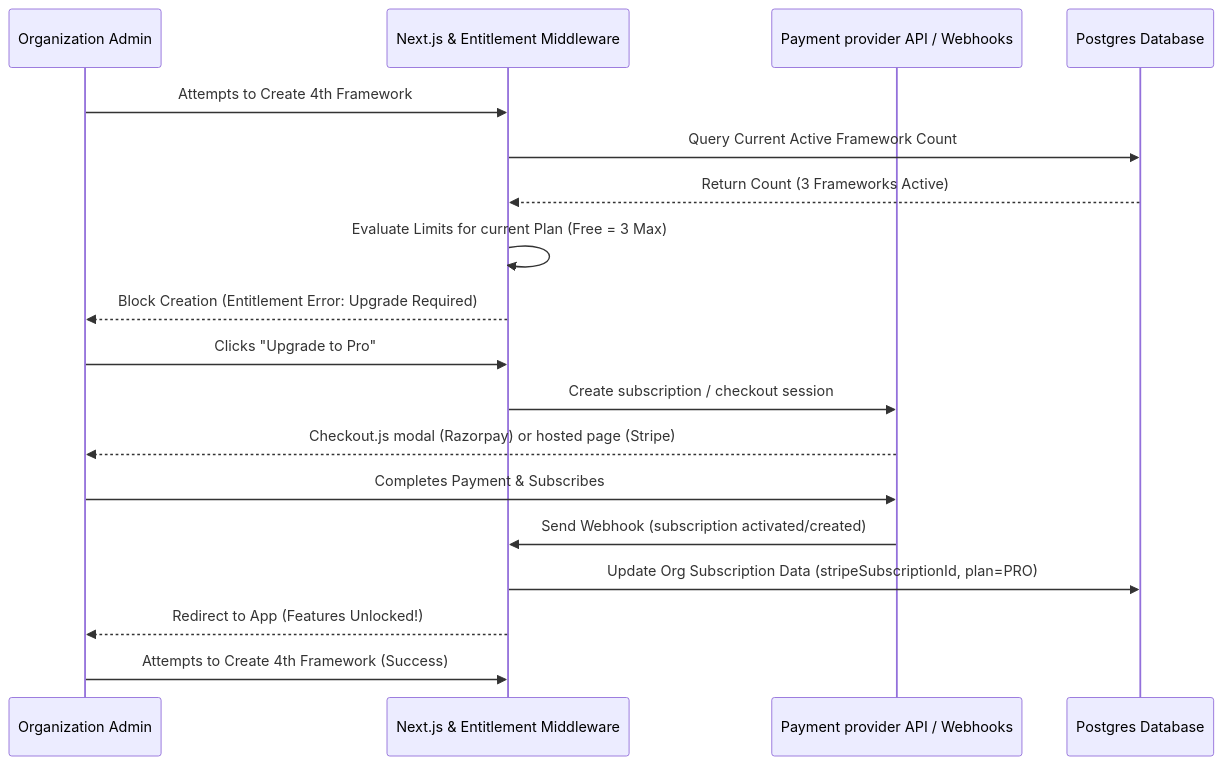
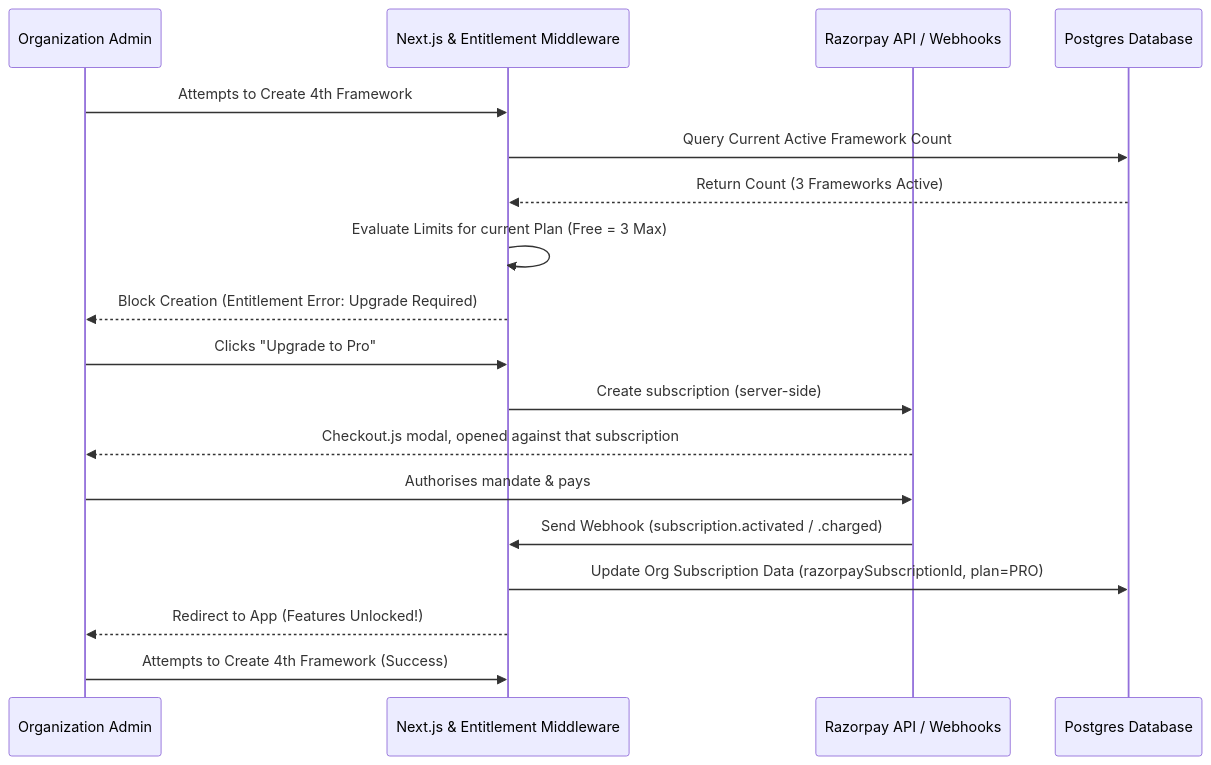
Before and after one commit to securitywithhem/Dharma: the second of 4 diagrams in README.md, drawn with Mermaid. The commit also changed other lines of this file and 43 other files, not shown here.

````diff
--- a/README.md
+++ b/README.md
@@ -76,21 +76,21 @@
 ```mermaid
 sequenceDiagram
     participant User as Organization Admin
     participant App as Next.js & Entitlement Middleware
-    participant Stripe as Payment provider API / Webhooks
+    participant Razorpay as Razorpay API / Webhooks
     participant DB as Postgres Database
 
     User->>App: Attempts to Create 4th Framework
     App->>DB: Query Current Active Framework Count
     DB-->>App: Return Count (3 Frameworks Active)
     App->>App: Evaluate Limits for current Plan (Free = 3 Max)
     App-->>User: Block Creation (Entitlement Error: Upgrade Required)
     User->>App: Clicks "Upgrade to Pro"
-    App->>Stripe: Create subscription / checkout session
-    Stripe-->>User: Checkout.js modal (Razorpay) or hosted page (Stripe)
-    User->>Stripe: Completes Payment & Subscribes
-    Stripe->>App: Send Webhook (subscription activated/created)
-    App->>DB: Update Org Subscription Data (stripeSubscriptionId, plan=PRO)
+    App->>Razorpay: Create subscription (server-side)
+    Razorpay-->>User: Checkout.js modal, opened against that subscription
+    User->>Razorpay: Authorises mandate & pays
+    Razorpay->>App: Send Webhook (subscription.activated / .charged)
+    App->>DB: Update Org Subscription Data (razorpaySubscriptionId, plan=PRO)
     App-->>User: Redirect to App (Features Unlocked!)
     User->>App: Attempts to Create 4th Framework (Success)
 ```
````
